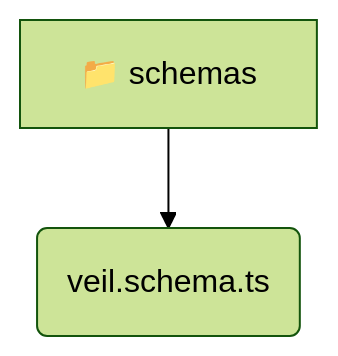
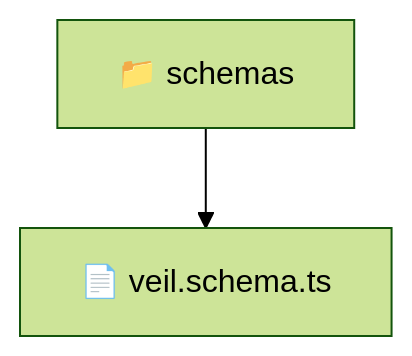
The diagram in backend/src/modules/veil/infrastructure/schemas/README.md (beginwebdev2002/fullstack-mavluda), drawn with Mermaid (forest theme) before and after one commit. The commit also changed other lines of this file and 163 other files, not shown here.

````diff
--- a/backend/src/modules/veil/infrastructure/schemas/README.md
+++ b/backend/src/modules/veil/infrastructure/schemas/README.md
@@ -9,5 +10,5 @@
 ```mermaid
 graph TD
-  schemas[📁 schemas]
-  schemas --> schemas_veil_schema_ts(veil.schema.ts)
+  Root["📁 schemas"]
+  Root --> veilschemats["📄 veil.schema.ts"]
 ```
````
